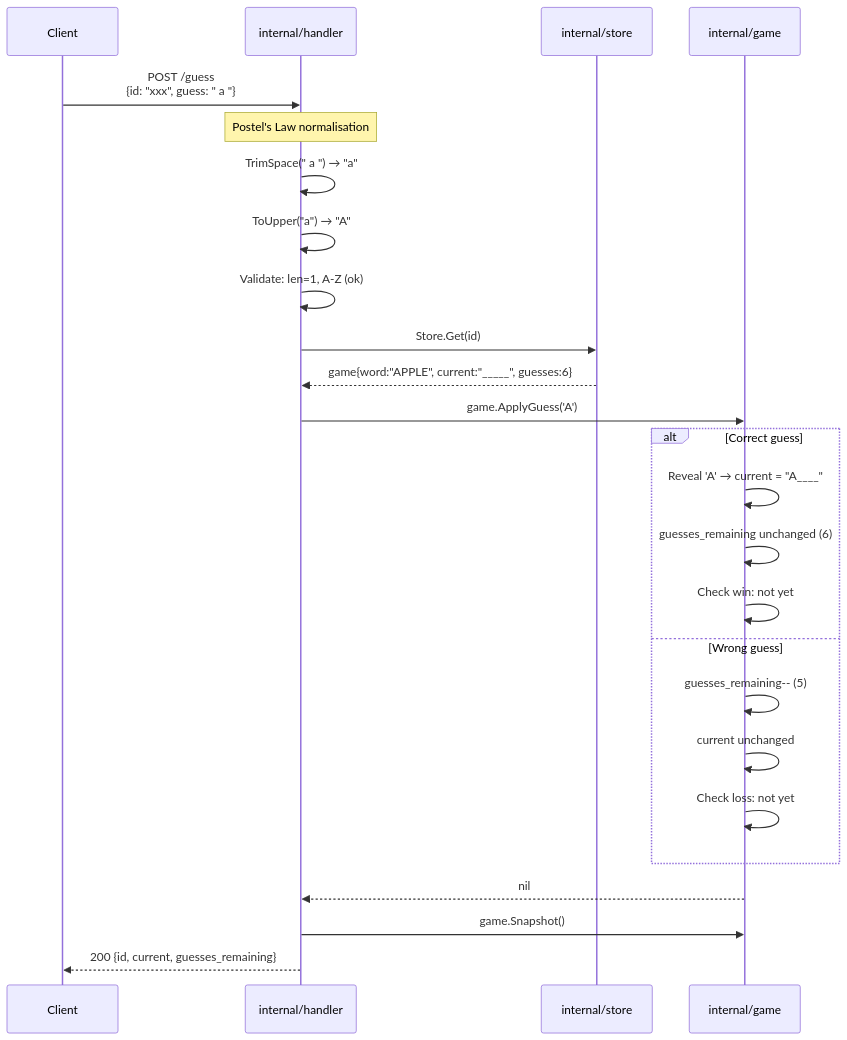
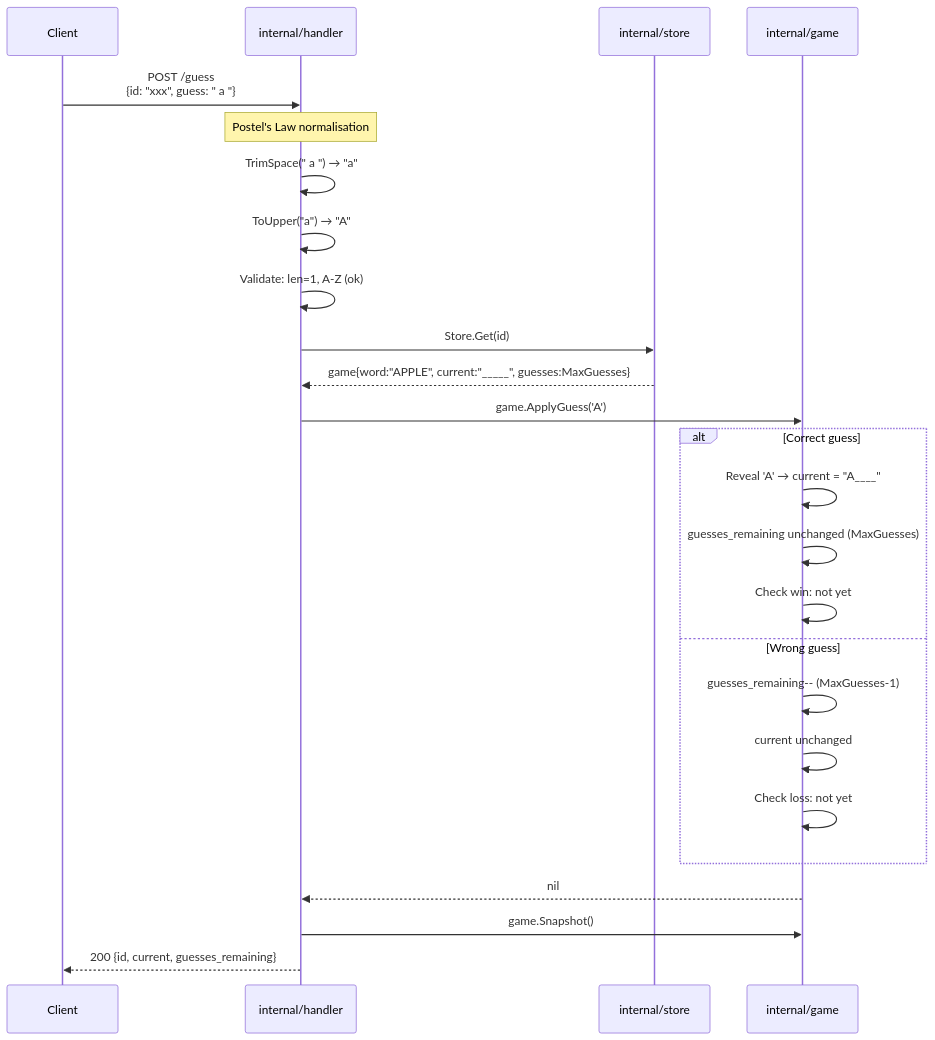
The third of 12 diagrams in docs.md (ajitm722/wordgame), drawn with Mermaid before and after one commit. The commit also changed other lines of this file and 12 other files, not shown here.

Commit message:
Consolidate MaxGuesses constant, move routes to main, fix docs

````diff
--- a/docs.md
+++ b/docs.md
@@ -398,32 +414,32 @@
 ```mermaid
 sequenceDiagram
     participant Client
     participant Handler as internal/handler
     participant Store as internal/store
     participant Game as internal/game
 
     Client->>Handler: POST /guess<br/>{id: "xxx", guess: " a "}
 
     Note over Handler: Postel's Law normalisation
     Handler->>Handler: TrimSpace(" a ") → "a"
     Handler->>Handler: ToUpper("a") → "A"
     Handler->>Handler: Validate: len=1, A-Z (ok)
 
     Handler->>Store: Store.Get(id)
-    Store-->>Handler: game{word:"APPLE", current:"_____", guesses:6}
+    Store-->>Handler: game{word:"APPLE", current:"_____", guesses:MaxGuesses}
     Handler->>Game: game.ApplyGuess('A')
 
     alt Correct guess
         Game->>Game: Reveal 'A' → current = "A____"
-        Game->>Game: guesses_remaining unchanged (6)
+        Game->>Game: guesses_remaining unchanged (MaxGuesses)
         Game->>Game: Check win: not yet
     else Wrong guess
-        Game->>Game: guesses_remaining-- (5)
+        Game->>Game: guesses_remaining-- (MaxGuesses-1)
         Game->>Game: current unchanged
         Game->>Game: Check loss: not yet
     end
 
     Game-->>Handler: nil
     Handler->>Game: game.Snapshot()
     Handler-->>Client: 200 {id, current, guesses_remaining}
 ```
````
